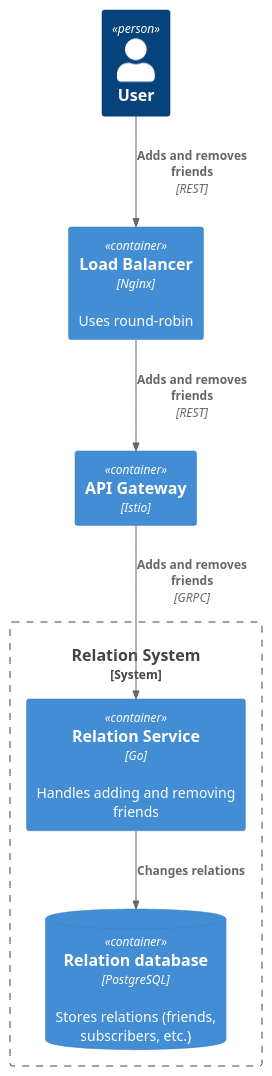
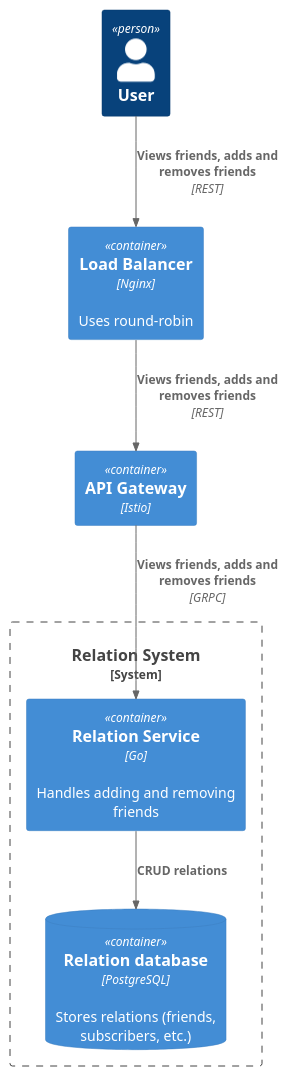
One commit to Mort4lis/social-network-system-design changed the diagram in architecture/relation_system/container.puml. Above: the diagram before and after it, drawn with PlantUML. The commit also changed 1 other file, not shown here.

Commit message:
fix: fix relation system

```diff
--- a/architecture/relation_system/container.puml
+++ b/architecture/relation_system/container.puml
@@ -1,17 +1,17 @@
 @startuml
 !include https://raw.githubusercontent.com/plantuml-stdlib/C4-PlantUML/master/C4_Container.puml
 
 Person(user, "User")
 Container(loadBalancer, "Load Balancer", "Nginx", "Uses round-robin")
 Container(apiGateway, "API Gateway", "Istio")
 
 System_Boundary(relationSystem, "Relation System") {
     Container(relationService, "Relation Service", "Go", "Handles adding and removing friends")
     ContainerDb(relationDatabase, "Relation database", "PostgreSQL", "Stores relations (friends, subscribers, etc.)")
 }
 
-Rel(user, loadBalancer, "Adds and removes friends", "REST")
-Rel(loadBalancer, apiGateway, "Adds and removes friends", "REST")
-Rel(apiGateway, relationService, "Adds and removes friends", "GRPC")
-Rel(relationService, relationDatabase, "Changes relations")
+Rel(user, loadBalancer, "Views friends, adds and removes friends", "REST")
+Rel(loadBalancer, apiGateway, "Views friends, adds and removes friends", "REST")
+Rel(apiGateway, relationService, "Views friends, adds and removes friends", "GRPC")
+Rel(relationService, relationDatabase, "CRUD relations")
 @enduml
```
